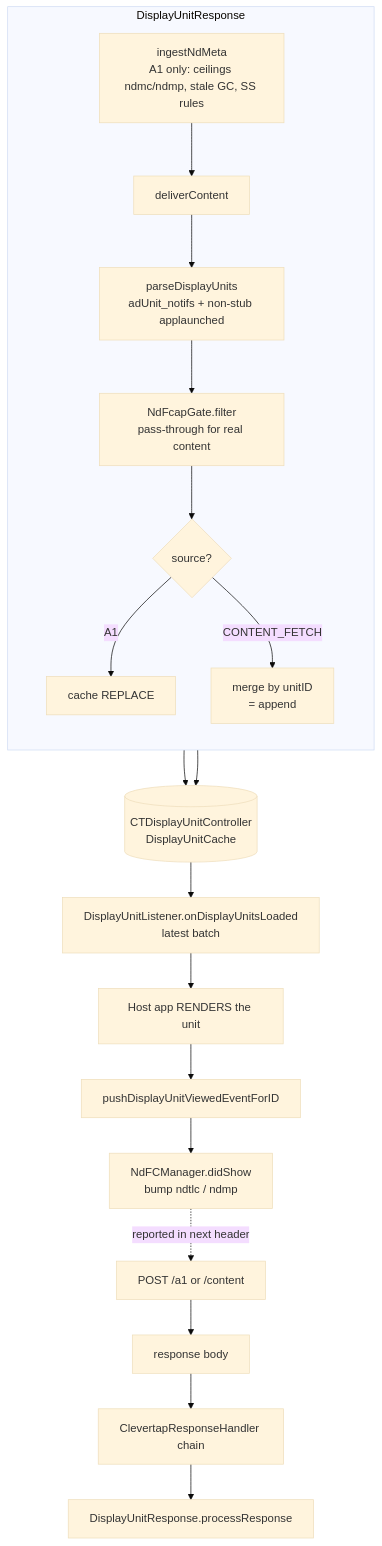
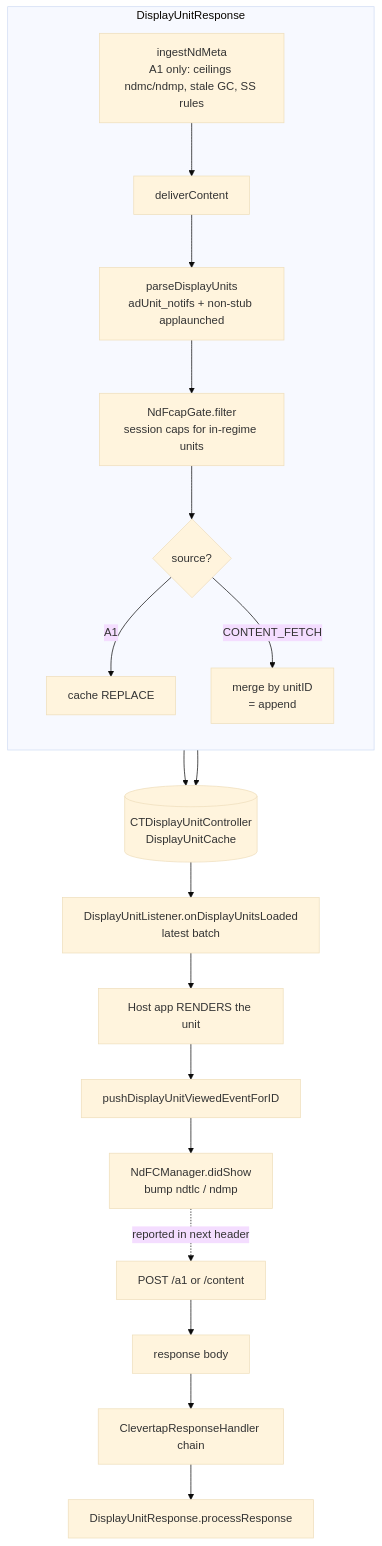
One commit to CleverTap/clevertap-android-sdk changed the diagram in docs/NativeDisplayServing.md. Above: the diagram before and after it, drawn with Mermaid (base theme). The commit also changed other lines of this file and 10 other files, not shown here.

````diff
--- a/docs/NativeDisplayServing.md
+++ b/docs/NativeDisplayServing.md
@@ -23,24 +26,24 @@
 ```mermaid
 flowchart TD
     POST[POST /a1 or /content] --> RESP[response body]
     RESP --> CRH[ClevertapResponseHandler chain]
     CRH --> DUR[DisplayUnitResponse.processResponse]
 
     subgraph DUR_STEPS[DisplayUnitResponse]
       direction TB
       META[ingestNdMeta<br/>A1 only: ceilings ndmc/ndmp, stale GC, SS rules] --> DELIVER[deliverContent]
       DELIVER --> PARSE[parseDisplayUnits<br/>adUnit_notifs + non-stub applaunched]
-      PARSE --> GATE[NdFcapGate.filter<br/>pass-through for real content]
+      PARSE --> GATE[NdFcapGate.filter<br/>session caps for in-regime units]
       GATE --> MERGE{source?}
       MERGE -->|A1| REPLACE[cache REPLACE]
       MERGE -->|CONTENT_FETCH| UNION[merge by unitID<br/>= append]
     end
 
     REPLACE --> CACHE[(CTDisplayUnitController<br/>DisplayUnitCache)]
     UNION --> CACHE
     CACHE --> CB[DisplayUnitListener.onDisplayUnitsLoaded<br/>latest batch]
     CB --> HOST[Host app RENDERS the unit]
     HOST --> VIEW[pushDisplayUnitViewedEventForID]
     VIEW --> COUNT[NdFCManager.didShow<br/>bump ndtlc / ndmp]
     COUNT -.reported in next header.-> POST
 ```
````
